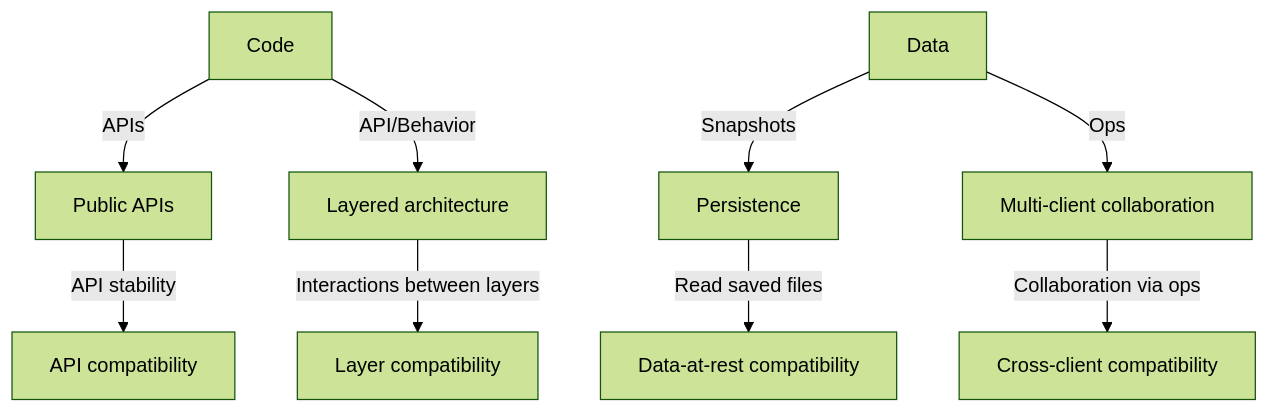
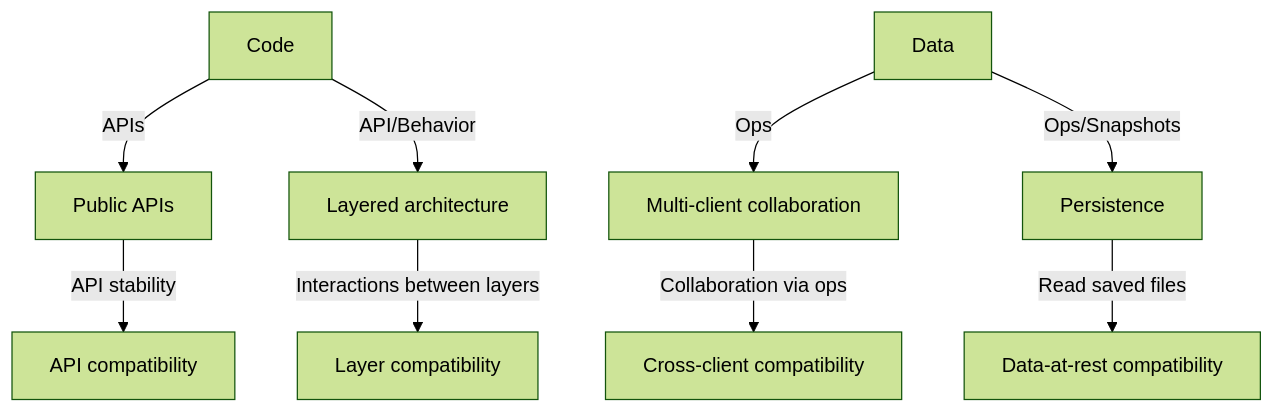
The first of 3 diagrams in FluidCompatibilityConsiderations.md (microsoft/FluidFramework), drawn with Mermaid (forest theme) before and after one commit. The commit also changed other lines of this file and 2 other files, not shown here.

````diff
--- a/FluidCompatibilityConsiderations.md
+++ b/FluidCompatibilityConsiderations.md
@@ -12,12 +12,12 @@
 ```mermaid
 flowchart TD
     A[Code] --APIs--> B[Public APIs]
         B --API stability--> C[API compatibility]
     A --API/Behavior--> D[Layered architecture]
         D --Interactions between layers--> E[Layer compatibility]
 
-    F[Data] --Snapshots--> G[Persistence]
-        G --Read saved files--> H[Data-at-rest compatibility]
-    F --Ops--> I[Multi-client collaboration]
-        I --Collaboration via ops--> J[Cross-client compatibility]
+    F[Data] --Ops--> G[Multi-client collaboration]
+        G --Collaboration via ops--> J[Cross-client compatibility]
+    F --Ops/Snapshots--> I[Persistence]
+        I --Read saved files--> H[Data-at-rest compatibility]
 ```
````
